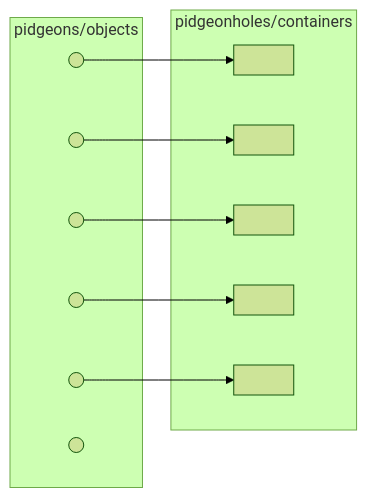
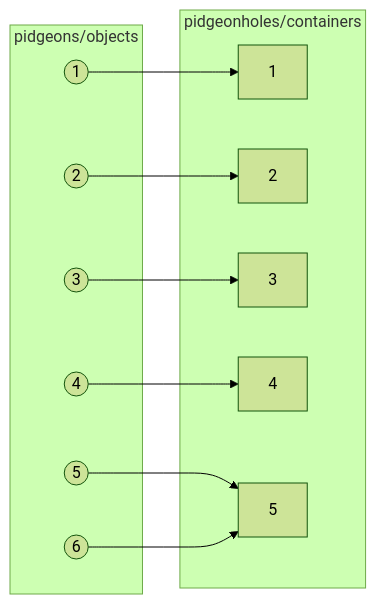
One commit to liammuro/discrete-math changed the diagram in Notes/2023/January/2023-01-09.md. Above: the diagram before and after it, drawn with Mermaid (forest theme). The commit also changed other lines of this file and 10 other files, not shown here.

````diff
--- a/Notes/2023/January/2023-01-09.md
+++ b/Notes/2023/January/2023-01-09.md
@@ -39,25 +39,25 @@
  ```mermaid
     flowchart LR
         subgraph pidgeons/objects
-        o1(( ))
-        o2(( ))
-        o3(( ))
-        o4(( ))
-        o5(( ))
-        o6(( )) 
+        o1((1))
+        o2((2))
+        o3((3))
+        o4((4))
+        o5((5))
+        o6((6)) 
         end
         subgraph pidgeonholes/containers
-        s1[ ]
-        s2[ ]
-        s3[ ]
-        s4[ ]
-        s5[ ]
+        s1[1]
+        s2[2]
+        s3[3]
+        s4[4]
+        s5[5]
         end
-        o1(( )) ---> s1[ ]
-        o2(( )) ---> s2[ ]
-        o3(( )) ---> s3[ ]
-        o4(( )) ---> s4[ ]
-        o5(( )) ---> s5[ ]
-        o6(( )) 
+        o1 ---> s1
+        o2 ---> s2
+        o3 ---> s3
+        o4 ---> s4
+        o5 ---> s5
+        o6 ---> s5
         
  ```
````
